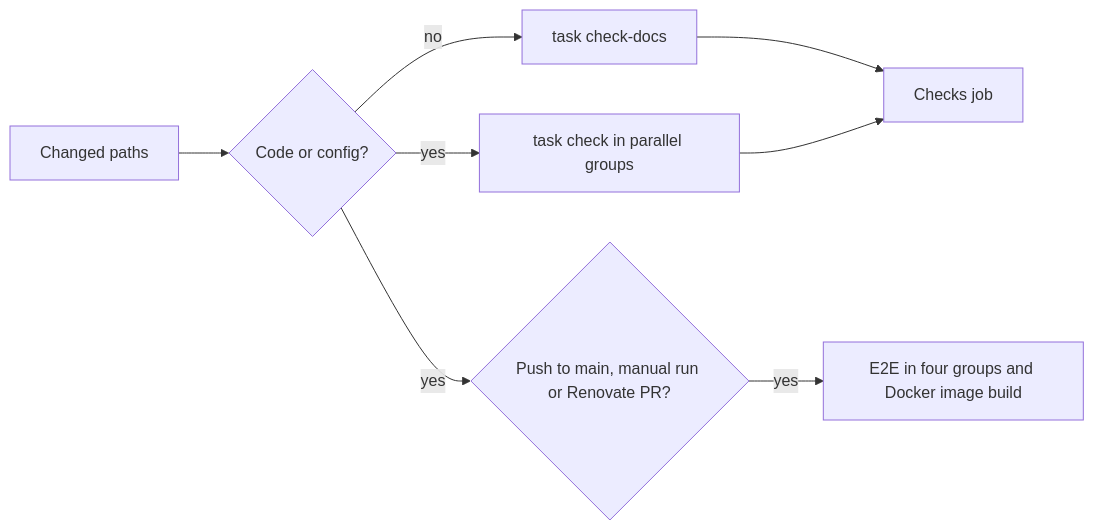
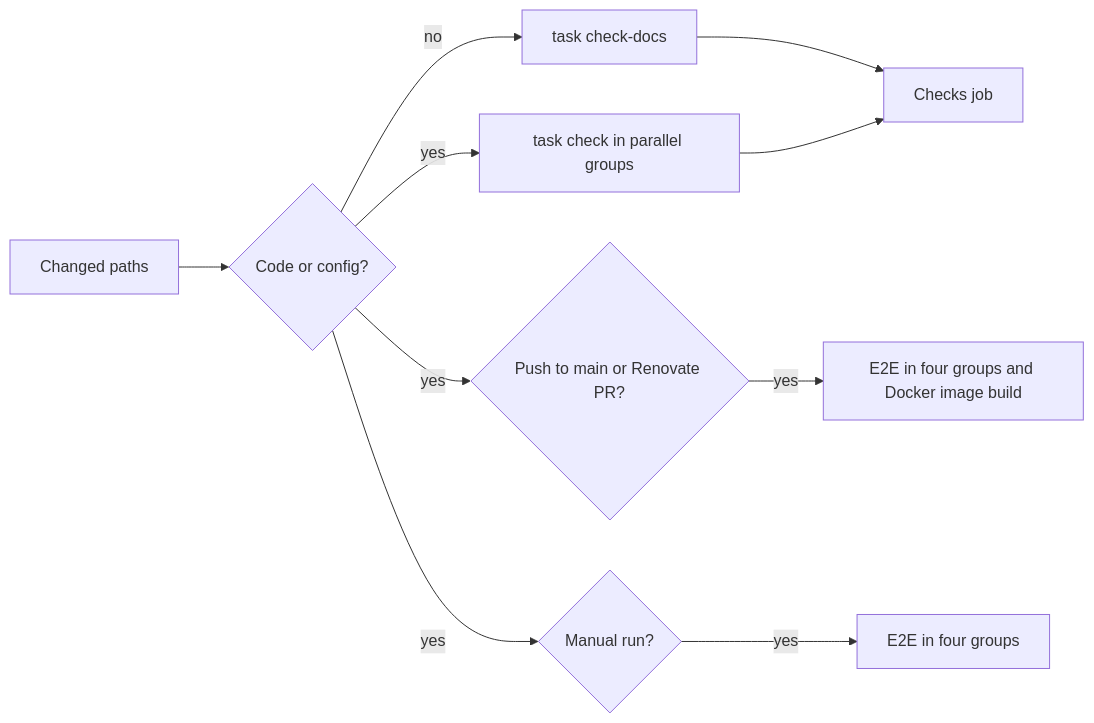
The diagram in docs/how-to/development.md (syudead/vv), drawn with Mermaid before and after one commit. The commit also changed 2 other files, not shown here.

Commit message:
ci: 手動実行で e2e が飛んだら Browser E2E を落とし、図を直す
手動実行は e2e を回すためのものなので、changes の失敗などで e2e が
skipped になったら集約ジョブを失敗させる。development.md の図で手動実行が
Docker イメージのビルドにつながって見えたのを分ける。

Claude-Session: https://claude.ai/code/session_01MxHCk1T7zwg2onSFfU4u8P

````diff
--- a/docs/how-to/development.md
+++ b/docs/how-to/development.md
@@ -67,10 +67,12 @@
 ```mermaid
 flowchart LR
   change[Changed paths] --> code{Code or config?}
   code -->|no| docs[task check-docs]
   code -->|yes| groups[task check in parallel groups]
   docs --> checks[Checks job]
   groups --> checks
-  code -->|yes| push{Push to main, manual run or Renovate PR?}
+  code -->|yes| push{Push to main or Renovate PR?}
   push -->|yes| more[E2E in four groups and Docker image build]
+  code -->|yes| manual{Manual run?}
+  manual -->|yes| e2e[E2E in four groups]
 ```
````
